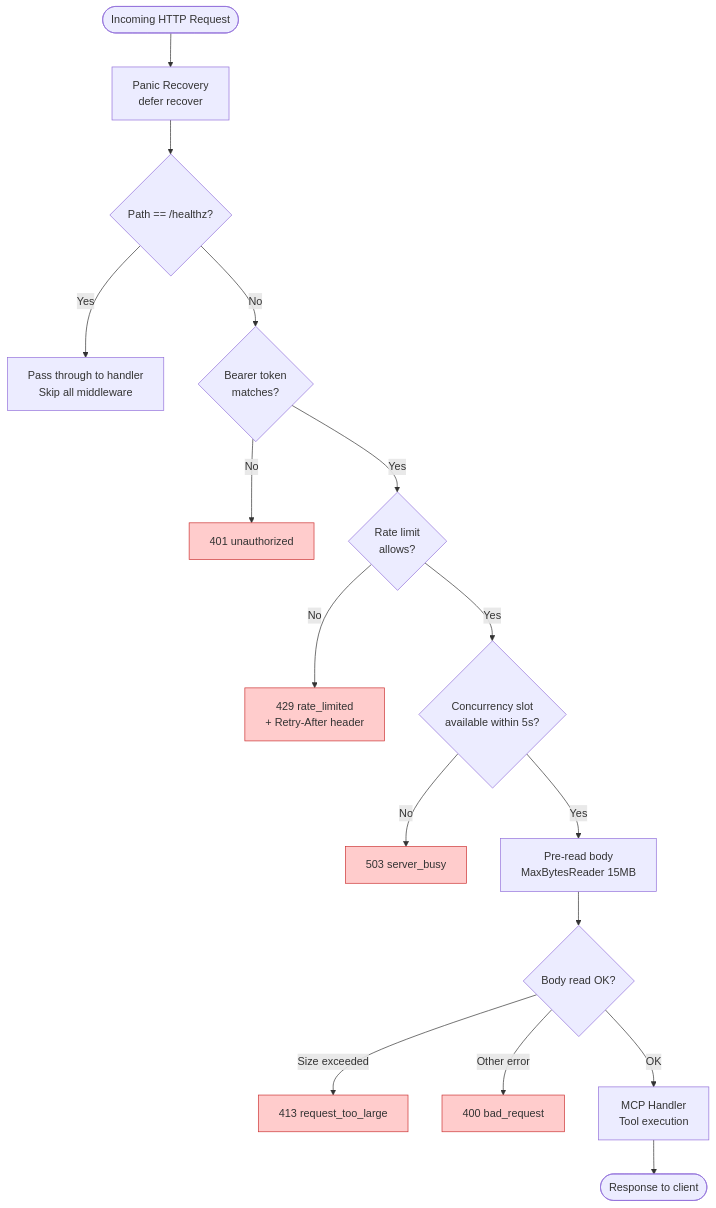
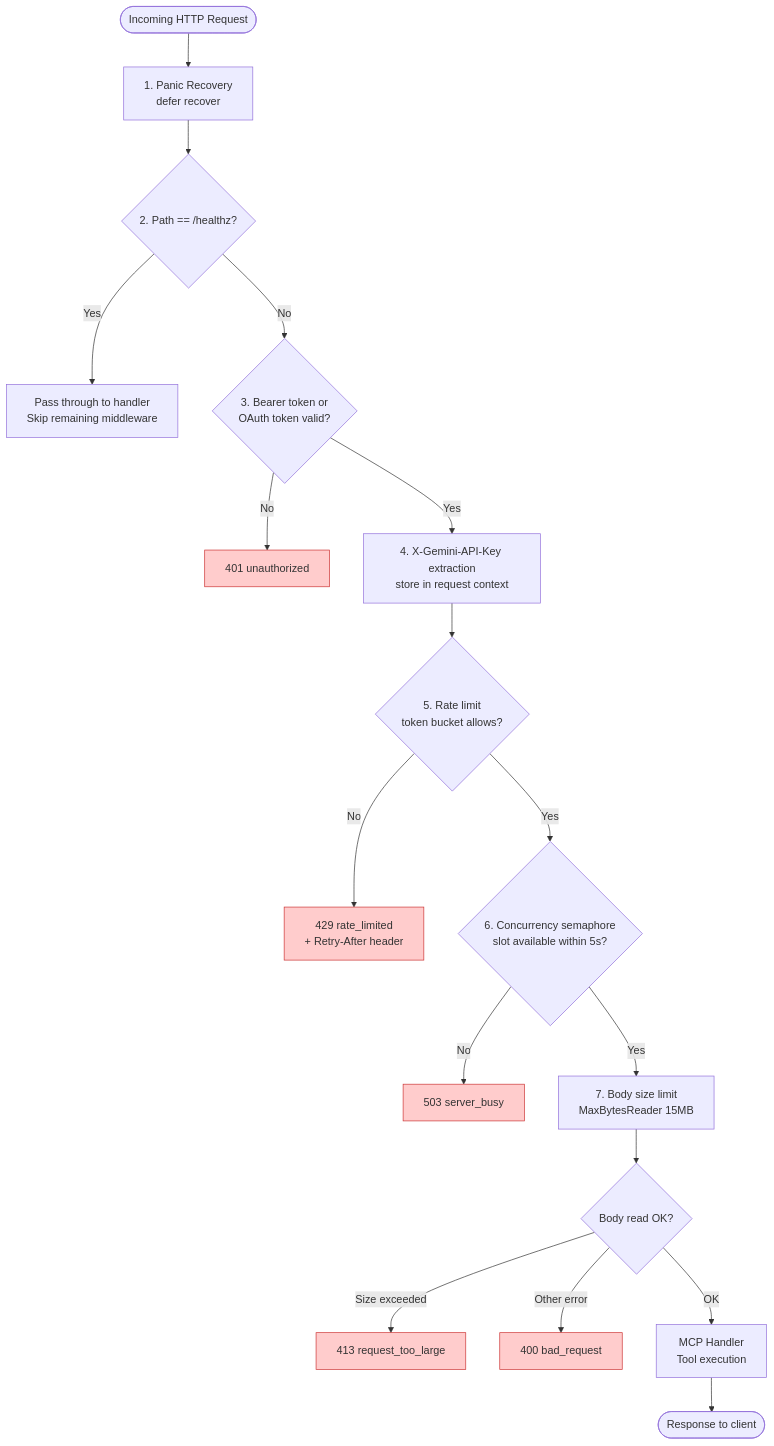
One commit to reshinto/mcp-banana changed the diagram in docs/diagrams/middleware-chain.mmd. Above: the diagram before and after it, drawn with Mermaid. The commit also changed 13 other files, not shown here.

Commit message:
Update all mermaid diagrams for OAuth, per-user keys, and TLS

```diff
--- a/docs/diagrams/middleware-chain.mmd
+++ b/docs/diagrams/middleware-chain.mmd
@@ -1,22 +1,23 @@
 flowchart TD
-    REQ([Incoming HTTP Request]) --> PANIC[Panic Recovery<br/>defer recover]
-    PANIC --> HEALTHZ{Path == /healthz?}
-    HEALTHZ -->|Yes| PASS[Pass through to handler<br/>Skip all middleware]
-    HEALTHZ -->|No| AUTH{Bearer token<br/>matches?}
+    REQ([Incoming HTTP Request]) --> PANIC[1. Panic Recovery<br/>defer recover]
+    PANIC --> HEALTHZ{2. Path == /healthz?}
+    HEALTHZ -->|Yes| PASS[Pass through to handler<br/>Skip remaining middleware]
+    HEALTHZ -->|No| AUTH{3. Bearer token or<br/>OAuth token valid?}
     AUTH -->|No| R401[401 unauthorized]
-    AUTH -->|Yes| RATE{Rate limit<br/>allows?}
+    AUTH -->|Yes| APIKEY[4. X-Gemini-API-Key extraction<br/>store in request context]
+    APIKEY --> RATE{5. Rate limit<br/>token bucket allows?}
     RATE -->|No| R429[429 rate_limited<br/>+ Retry-After header]
-    RATE -->|Yes| SEM{Concurrency slot<br/>available within 5s?}
+    RATE -->|Yes| SEM{6. Concurrency semaphore<br/>slot available within 5s?}
     SEM -->|No| R503[503 server_busy]
-    SEM -->|Yes| BODY[Pre-read body<br/>MaxBytesReader 15MB]
+    SEM -->|Yes| BODY[7. Body size limit<br/>MaxBytesReader 15MB]
     BODY --> BODYOK{Body read OK?}
     BODYOK -->|Size exceeded| R413[413 request_too_large]
     BODYOK -->|Other error| R400[400 bad_request]
     BODYOK -->|OK| HANDLER[MCP Handler<br/>Tool execution]
     HANDLER --> RESP([Response to client])
 
     style R401 fill:#fcc,stroke:#c33
     style R429 fill:#fcc,stroke:#c33
     style R503 fill:#fcc,stroke:#c33
     style R413 fill:#fcc,stroke:#c33
     style R400 fill:#fcc,stroke:#c33
```
